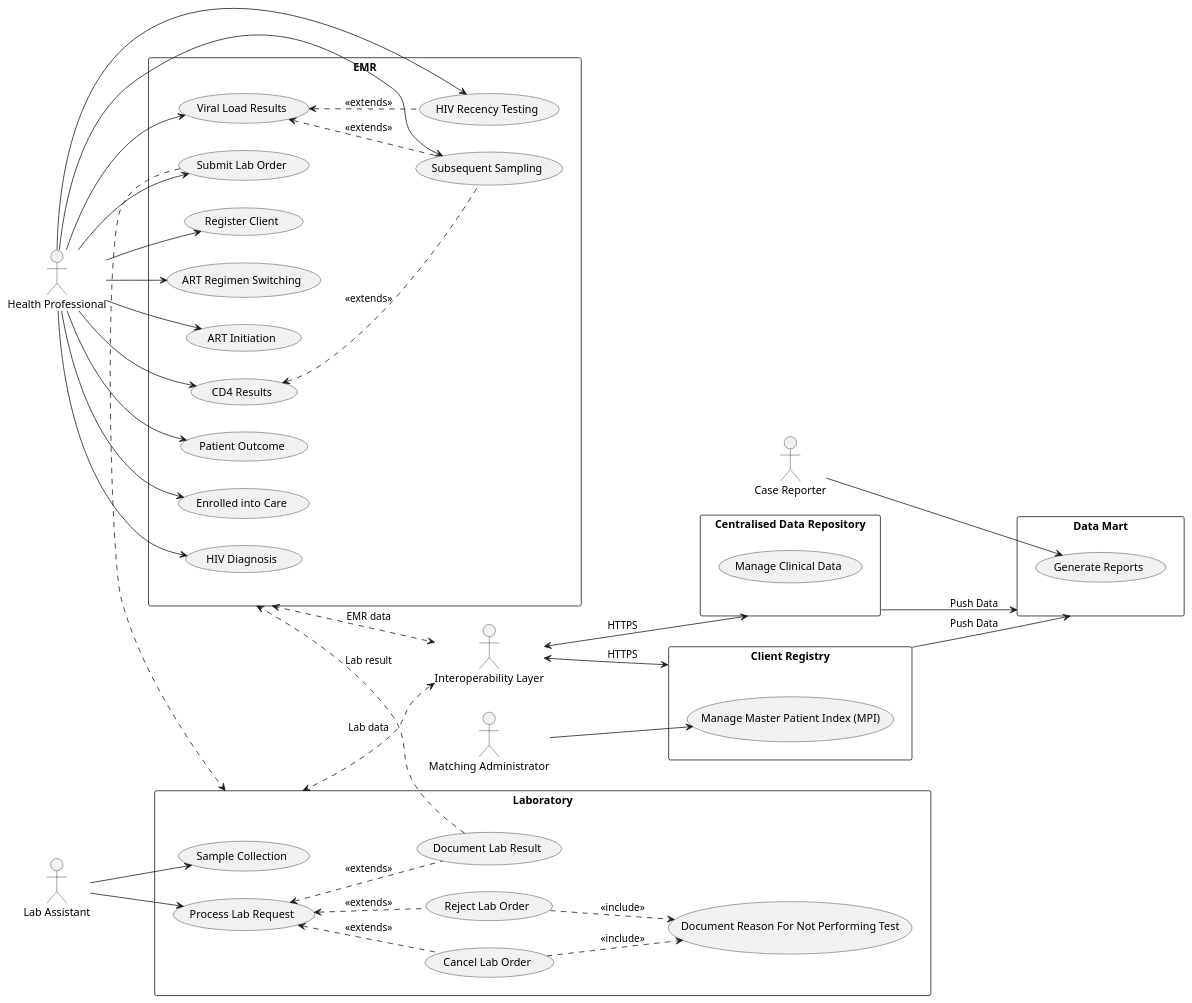
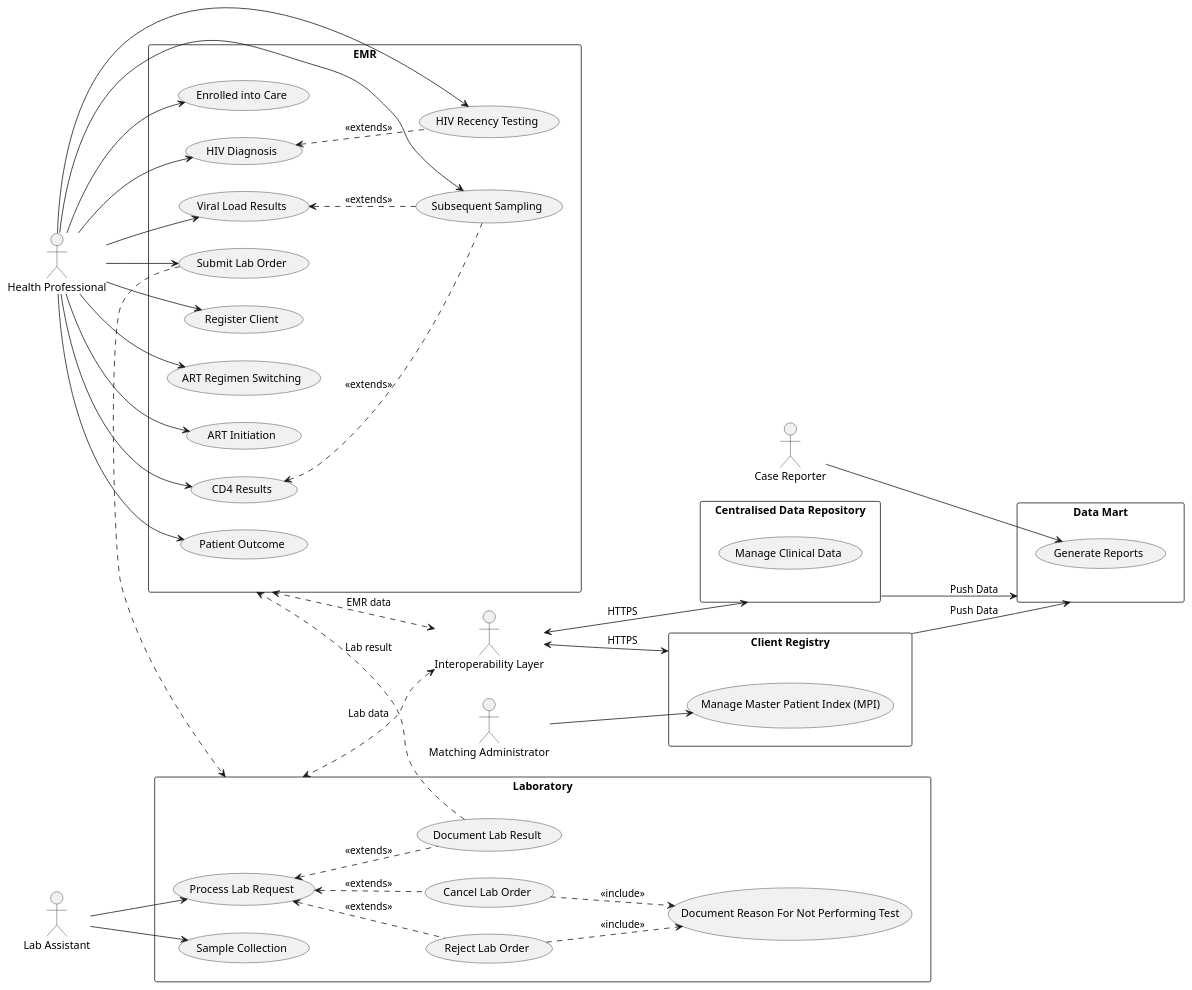
The diagram in input/images-source/uses-cases.pu (openhie/HIV-CBS), drawn with PlantUML before and after one commit. The commit also changed 3 other files, not shown here.

```diff
--- a/input/images-source/uses-cases.pu
+++ b/input/images-source/uses-cases.pu
@@ -1,90 +1,90 @@
 @startuml UseCaseDiagram
 left to right direction
 actor "Health Professional" as professional
 rectangle EMR {
   usecase "Register Client" as UC1
   usecase "ART Regimen Switching" as UC2
   usecase "ART Initiation" as UC3
   usecase "CD4 Results" as UC4
   usecase "Patient Outcome" as UC5
   usecase "Enrolled into Care" as UC6
   usecase "HIV Diagnosis" as UC7
   usecase "Viral Load Results" as UC8
   usecase "Subsequent Sampling" as UC9
   usecase "Submit Lab Order" as UC10
   usecase "HIV Recency Testing" as UC11
 }
 
 professional --> UC1
 professional --> UC2
 professional --> UC3
 professional --> UC4
 professional --> UC5
 professional --> UC6
 professional --> UC7
 professional --> UC8
 professional --> UC9
 professional --> UC10
 professional --> UC11
 
 (UC4) <.. (UC9) : "<<extends>>"
 (UC8) <.. (UC9) : "<<extends>>"
-(UC8) <.. (UC11) : "<<extends>>"
+(UC7) <.. (UC11) : "<<extends>>"
 
 
 actor "Lab Assistant" as labAssistant
 rectangle Laboratory {
   usecase "Sample Collection" as UC14
   usecase "Process Lab Request" as UC15
   usecase "Document Lab Result" as UC16
   usecase "Reject Lab Order" as UC17
   usecase "Cancel Lab Order" as UC18
   usecase "Document Reason For Not Performing Test" as UC19
 }
 
 labAssistant --> UC14
 labAssistant --> UC15
 
 
 (UC15) <.. (UC16) : "<<extends>>"
 (UC15) <.. (UC17) : "<<extends>>"
 (UC15) <.. (UC18) : "<<extends>>"
 
 (UC18) ..> (UC19) : "<<include>>"
 (UC17) ..> (UC19) : "<<include>>"
 
 (UC10) ..> Laboratory
 
 (UC16) ..> EMR : "Lab result"
 
 actor "Interoperability Layer" as iol
 rectangle "Centralised Data Repository" as cdr {
   usecase "Manage Clinical Data" as UC20
 }
 
 iol <--> cdr : "HTTPS"
 
 EMR <..> iol : "EMR data"
 Laboratory <..> iol : "Lab data"
 
 
 actor "Matching Administrator" as macthingAdmin
 rectangle "Client Registry" as cr {
   usecase "Manage Master Patient Index (MPI)" as UC21
 }
 
 macthingAdmin --> UC21
 
 iol <--> cr : "HTTPS"
 
 actor "Case Reporter" as caseReporter
 rectangle "Data Mart" as dm {
   usecase "Generate Reports" as UC22
 }
 
 caseReporter --> UC22
 
 cdr --> dm : "Push Data"
 cr --> dm : "Push Data"
 
 @enduml
```
